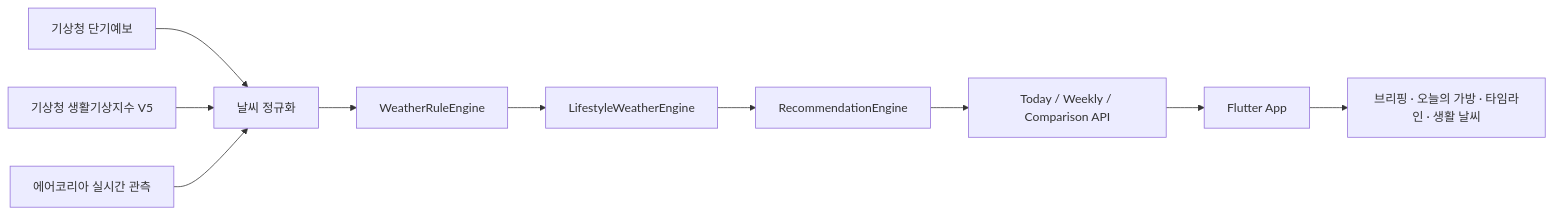
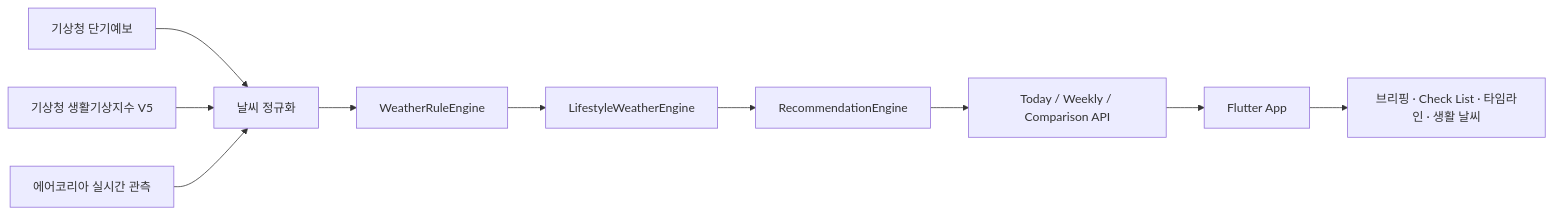
The diagram in README.md (sohay19/weather_care), drawn with Mermaid before and after one commit. The commit also changed 11 other files, not shown here.

````diff
--- a/README.md
+++ b/README.md
@@ -29,12 +29,12 @@
 ```mermaid
 flowchart LR
     weather["기상청 단기예보"] --> normalize["날씨 정규화"]
     uv["기상청 생활기상지수 V5"] --> normalize
     air["에어코리아 실시간 관측"] --> normalize
     normalize --> rules["WeatherRuleEngine"]
     rules --> lifestyle["LifestyleWeatherEngine"]
     lifestyle --> recommendation["RecommendationEngine"]
     recommendation --> api["Today / Weekly / Comparison API"]
     api --> app["Flutter App"]
-    app --> ui["브리핑 · 오늘의 가방 · 타임라인 · 생활 날씨"]
+    app --> ui["브리핑 · Check List · 타임라인 · 생활 날씨"]
 ```
````
